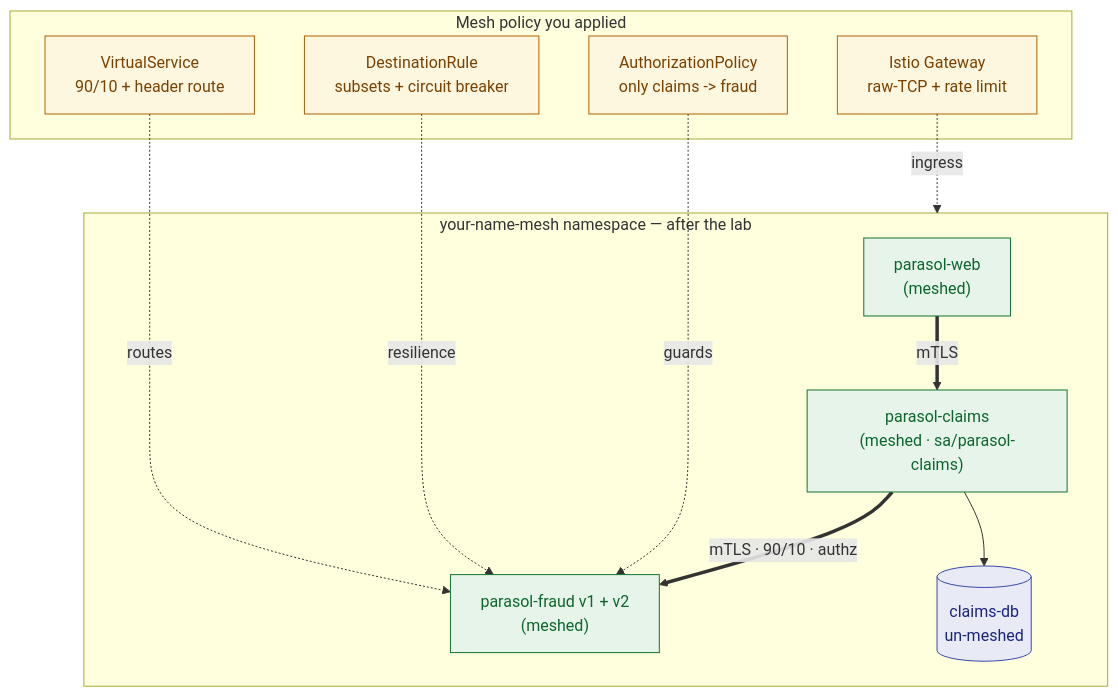
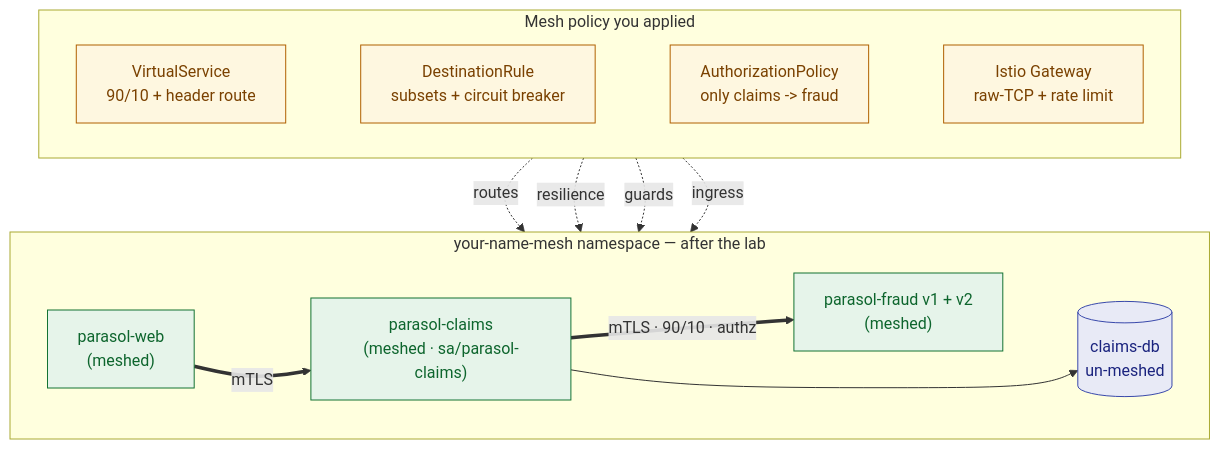
Before and after one commit to serhat-dirik/OCP-Getting-Started-Revamped: the diagram in content/modules/ROOT/examples/diagrams/service-mesh-advanced-gateways/03-what-you-built.mmd, drawn with Mermaid. The commit also changed 59 other files, not shown here.

```diff
--- a/content/modules/ROOT/examples/diagrams/service-mesh-advanced-gateways/03-what-you-built.mmd
+++ b/content/modules/ROOT/examples/diagrams/service-mesh-advanced-gateways/03-what-you-built.mmd
@@ -1,24 +1,42 @@
-graph TB
+%% What you built — Service Mesh 3 & Advanced Gateways.
+%% Shows the your-name-mesh namespace after the lab (meshed web/claims/fraud, un-meshed db) and the
+%% mesh policy applied to it (VirtualService, DestinationRule, AuthorizationPolicy, Gateway), each
+%% pointed at the fraud service or the namespace it governs.
+%% Resized 2026-08-22: was 960x622 (rendered 900x583, text at 0.94x); a same-day direction-LR pass
+%% made it worse (900x1608, 1.5x) — vs/dr/ap/gw all reached past `policy`'s boundary to fraud or ns,
+%% silently disabling both subgraphs' direction LR. Fixed gw->ns at container level (policy->ns,
+%% "ingress" — gw is policy's only namespace-wide member, so no meaning is lost) but left
+%% vs/dr/ap -> fraud as node-to-node: each names a DIFFERENT policy object scoped specifically to
+%% the fraud service, not the namespace (unlike gw) — collapsing to policy->ns would misstate that
+%% scoping, and pulling fraud or vs/dr/ap out to standalone nodes only relocates the same crossing
+%% (fraud is also the target of the in-`ns` claims->fraud edge). Both subgraphs' direction LR is
+%% therefore still disabled by those 3 edges — flagged for a maintainer with scoping context, not
+%% forced; see task report.
+flowchart TB
   subgraph ns["your-name-mesh namespace — after the lab"]
+    direction LR
     web["parasol-web<br/>(meshed)"]
     claims["parasol-claims<br/>(meshed · sa/parasol-claims)"]
     fraud["parasol-fraud v1 + v2<br/>(meshed)"]
     db[("claims-db<br/>un-meshed")]
+    web ~~~ claims ~~~ fraud ~~~ db
   end
   subgraph policy["Mesh policy you applied"]
+    direction LR
     vs["VirtualService<br/>90/10 + header route"]
     dr["DestinationRule<br/>subsets + circuit breaker"]
     ap["AuthorizationPolicy<br/>only claims -> fraud"]
     gw["Istio Gateway<br/>raw-TCP + rate limit"]
+    vs ~~~ dr ~~~ ap ~~~ gw
   end
   web ==>|"mTLS"| claims
   claims ==>|"mTLS · 90/10 · authz"| fraud
   claims --> db
   vs -.->|"routes"| fraud
   dr -.->|"resilience"| fraud
   ap -.->|"guards"| fraud
-  gw -.->|"ingress"| ns
+  policy -.->|"ingress"| ns
   classDef app fill:#e6f4ea,stroke:#137333,color:#0d652d;
   classDef pol fill:#fef7e0,stroke:#b06000,color:#7a4100;
   classDef db fill:#e8eaf6,stroke:#3949ab,color:#1a237e;
   class web,claims,fraud app; class vs,dr,ap,gw pol; class db db;
```
